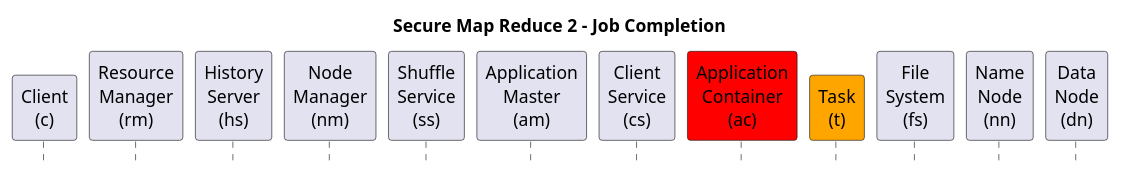
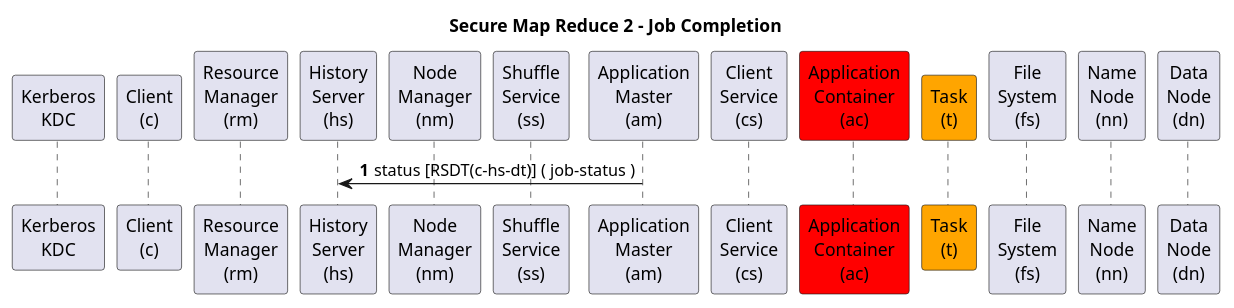
Before and after one commit to kminder/puml: the diagram in hadoop/src/secure-mapreduce2-07-job-completion.puml, drawn with PlantUML. The commit also changed 7 other files, not shown here.

```diff
--- a/hadoop/src/secure-mapreduce2-07-job-completion.puml
+++ b/hadoop/src/secure-mapreduce2-07-job-completion.puml
@@ -1,21 +1,24 @@
 @startuml
 title Secure Map Reduce 2 - Job Completion
 autonumber
-hide footbox
+'hide footbox
 
+participant "Kerberos\nKDC" as KDC
 participant "Client\n(c)" as C
 participant "Resource\nManager\n(rm)" as RM
 participant "History\nServer\n(hs)" as HS
 participant "Node\nManager\n(nm)" as NM
 participant "Shuffle\nService\n(ss)" as SS
 participant "Application\nMaster\n(am)" as AM
 participant "Client\nService\n(cs)" as CS
 participant "Application\nContainer\n(ac)" as AC #red
 participant "Task\n(t)" as T #orange
 participant "File\nSystem\n(fs)" as FS
 participant "Name\nNode\n(nn)" as NN
 participant "Data\nNode\n(dn)" as DN
 
   'note over C,DN #green: QUESTION ?
 
+AM->HS: status [RSDT(c-hs-dt)] ( job-status )
+
 @enduml
```
